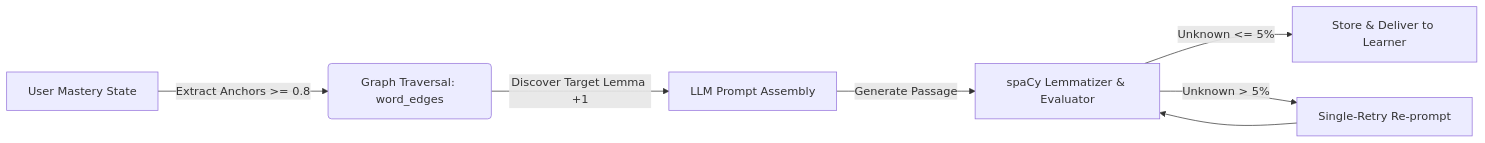
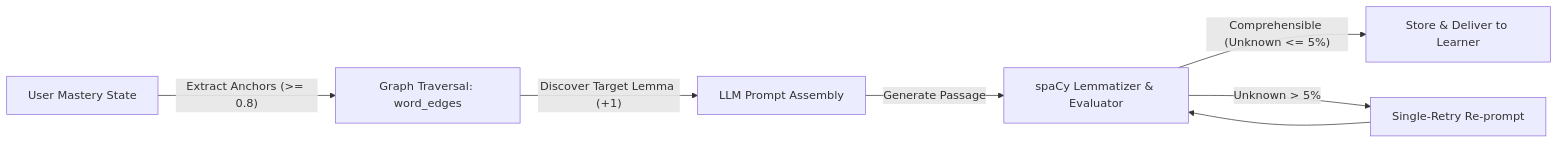
Before and after one commit to vyscnktn/drain: the diagram in docs/architecture/adr/ADR-001-graph-guided-krashen-engine.md, drawn with Mermaid. The commit also changed 4 other files, not shown here.

Commit message:
fix(docs): resolve Mermaid syntax and quotation formatting for GitHub renderer

````diff
--- a/docs/architecture/adr/ADR-001-graph-guided-krashen-engine.md
+++ b/docs/architecture/adr/ADR-001-graph-guided-krashen-engine.md
@@ -21,9 +21,9 @@
 ```mermaid
 flowchart LR
-    A[User Mastery State] -->|Extract Anchors >= 0.8| B(Graph Traversal: word_edges)
-    B -->|Discover Target Lemma +1| C[LLM Prompt Assembly]
-    C -->|Generate Passage| D[spaCy Lemmatizer & Evaluator]
-    D -->|Unknown <= 5%| E[Store & Deliver to Learner]
-    D -->|Unknown > 5%| F[Single-Retry Re-prompt]
+    A["User Mastery State"] -->|"Extract Anchors (>= 0.8)"| B["Graph Traversal: word_edges"]
+    B -->|"Discover Target Lemma (+1)"| C["LLM Prompt Assembly"]
+    C -->|"Generate Passage"| D["spaCy Lemmatizer & Evaluator"]
+    D -->|"Comprehensible (Unknown <= 5%)"| E["Store & Deliver to Learner"]
+    D -->|"Unknown > 5%"| F["Single-Retry Re-prompt"]
     F --> D
 ```
````
